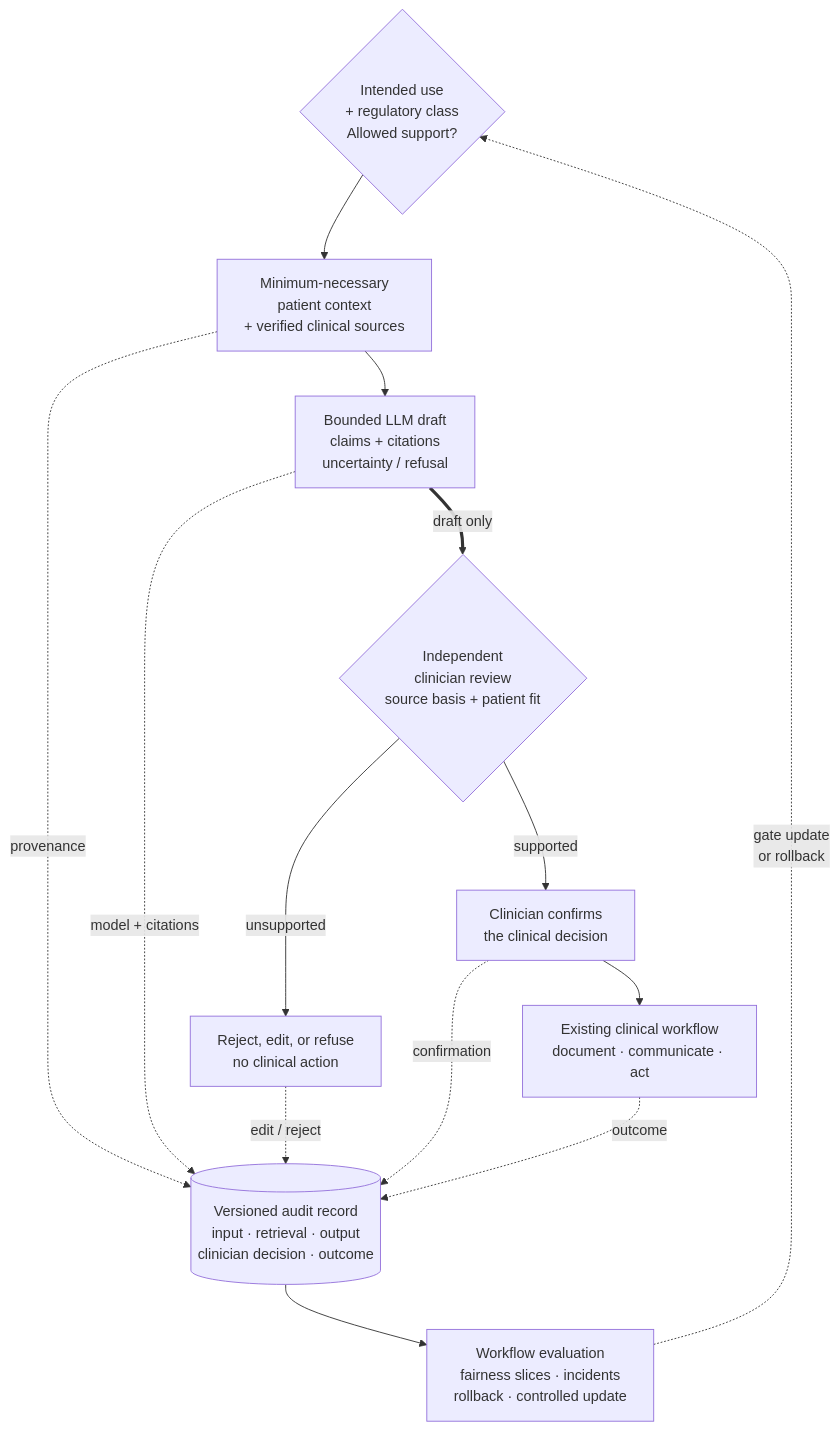
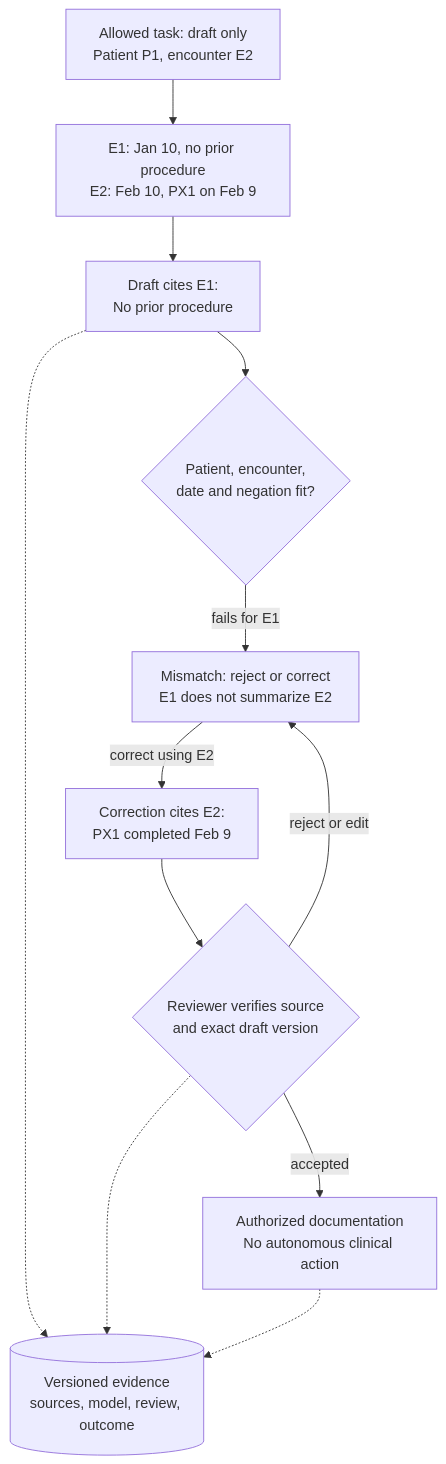
One commit to mlmentorship/mlmentorship.github.io changed the diagram in src/content/posts/2026-03-07-llm-deployment-healthcare.md. Above: the diagram before and after it, drawn with Mermaid. The commit also changed other lines of this file and 258 other files, not shown here.

````diff
--- a/src/content/posts/2026-03-07-llm-deployment-healthcare.md
+++ b/src/content/posts/2026-03-07-llm-deployment-healthcare.md
@@ -49,33 +52,27 @@
 ```mermaid
 flowchart TB
-  accTitle: A healthcare LLM supplies traceable evidence to a clinician, not an autonomous clinical action
-  accDescr: Intended use and regulatory classification set a bounded task. Minimum-necessary patient context and verified clinical sources feed an LLM that returns a structured draft with claim-level citations and uncertainty or refusal. A clinician independently reviews the source basis and patient fit. Unsupported or out-of-scope output is rejected or edited and triggers no clinical action; accepted output becomes the clinician's decision in the existing clinical workflow. Inputs, retrievals, outputs, model version, clinician edits or acceptance, and downstream outcomes enter an audit record used for workflow evaluation, fairness slices, incident response, rollback, and controlled updates.
-  Scope{"Intended use<br/>+ regulatory class<br/>Allowed support?"}
-  Evidence["Minimum-necessary<br/>patient context<br/>+ verified clinical sources"]
-  Draft["Bounded LLM draft<br/>claims + citations<br/>uncertainty / refusal"]
-  Review{"Independent<br/>clinician review<br/>source basis + patient fit"}
-  Stop["Reject, edit, or refuse<br/>no clinical action"]
-  Decide["Clinician confirms<br/>the clinical decision"]
-  Workflow["Existing clinical workflow<br/>document · communicate · act"]
-  Trace[("Versioned audit record<br/>input · retrieval · output<br/>clinician decision · outcome")]
-  Operate["Workflow evaluation<br/>fairness slices · incidents<br/>rollback · controlled update"]
-  Scope --> Evidence
-  Evidence --> Draft
-  Draft ==>|"draft only"| Review
-  Review -->|"unsupported"| Stop
-  Review -->|"supported"| Decide
-  Decide --> Workflow
-  Evidence -.->|"provenance"| Trace
-  Draft -.->|"model + citations"| Trace
-  Stop -.->|"edit / reject"| Trace
-  Decide -.->|"confirmation"| Trace
-  Workflow -.->|"outcome"| Trace
-  Trace --> Operate
-  Operate -.->|"gate update<br/>or rollback"| Scope
-  class Scope,Review viz-focus
+  accTitle: An authentic January source does not support a February encounter summary
+  accDescr: The requested task is a draft summary for patient P1, encounter E2. The draft cites E1's January negative statement. Patient, encounter, date and negation checks flag the temporal mismatch. A reviewer rejects or corrects the draft using E2's February procedure record. Only an authorized acceptance of the exact corrected version can enter the documentation workflow. Versioned evidence records the mismatch and review; no model output creates an autonomous clinical action.
+  Scope["Allowed task: draft only<br/>Patient P1, encounter E2"]
+  Evidence["E1: Jan 10, no prior procedure<br/>E2: Feb 10, PX1 on Feb 9"]
+  Draft["Draft cites E1:<br/>No prior procedure"]
+  Fit{"Patient, encounter,<br/>date and negation fit?"}
+  Stop["Mismatch: reject or correct<br/>E1 does not summarize E2"]
+  Correct["Correction cites E2:<br/>PX1 completed Feb 9"]
+  Review{"Reviewer verifies source<br/>and exact draft version"}
+  Workflow["Authorized documentation<br/>No autonomous clinical action"]
+  Trace[("Versioned evidence<br/>sources, model, review, outcome")]
+  Scope --> Evidence --> Draft --> Fit
+  Fit -->|"fails for E1"| Stop
+  Stop -->|"correct using E2"| Correct --> Review
+  Review -->|"accepted"| Workflow
+  Review -->|"reject or edit"| Stop
+  Draft -.-> Trace
+  Review -.-> Trace
+  Workflow -.-> Trace
+  class Fit,Review viz-focus
   class Evidence viz-input
   class Trace viz-state
-  class Decide,Workflow viz-output
+  class Correct,Workflow viz-output
   class Stop viz-warning
-  class Scope viz-tall,viz-wide
 ```
````
